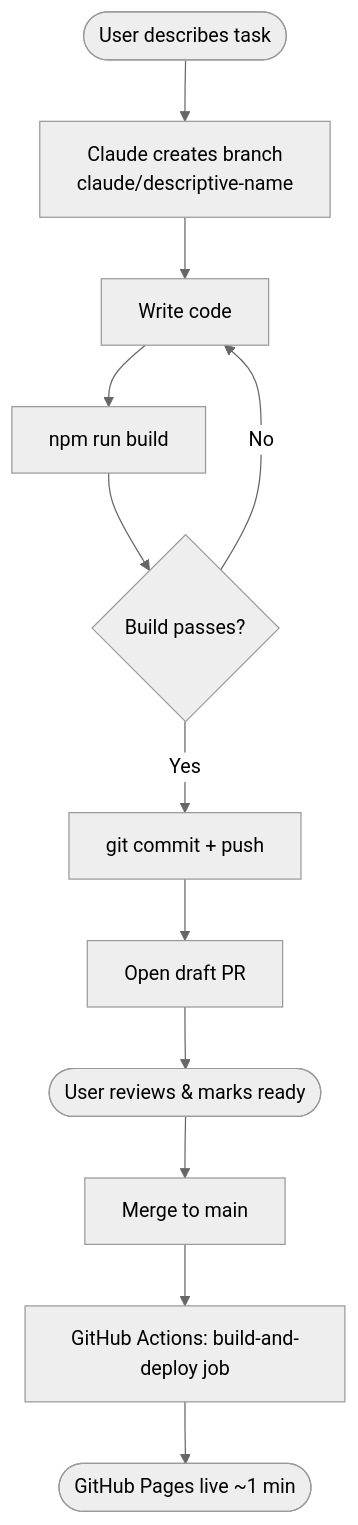
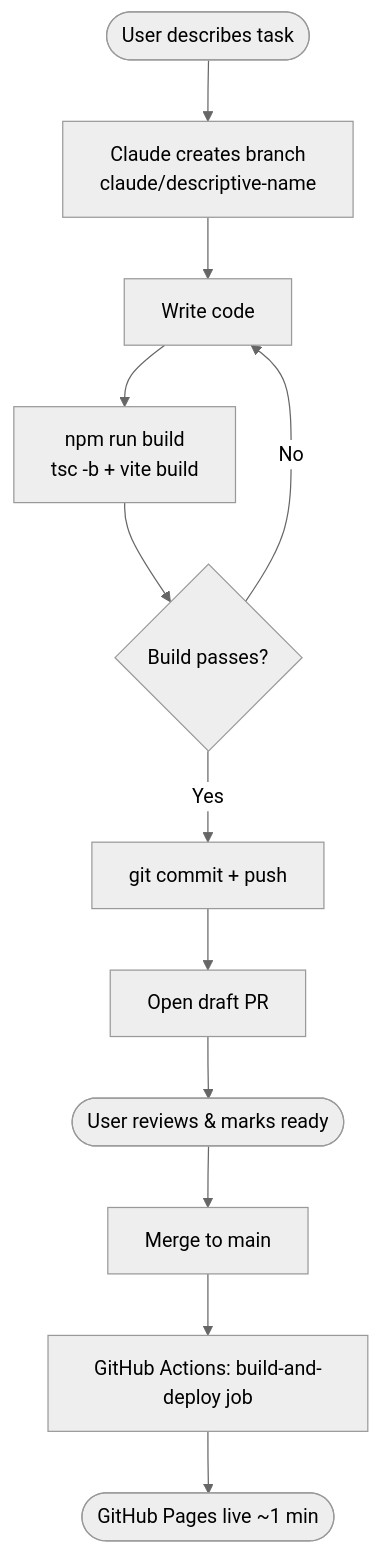
One commit to Lasciviens/Project_Daily changed the first of 3 diagrams in README.md. Above: the diagram before and after it, drawn with Mermaid (neutral theme). The commit also changed other lines of this file and 31 other files, not shown here.

````diff
--- a/README.md
+++ b/README.md
@@ -14,14 +40,14 @@
 ```mermaid
 flowchart TD
-    A([User describes task]) --> B[Claude creates branch\nclaude/descriptive-name]
+    A([User describes task]) --> B[Claude creates branch<br/>claude/descriptive-name]
     B --> C[Write code]
-    C --> D[npm run build]
+    C --> D[npm run build<br/>tsc -b + vite build]
     D --> E{Build passes?}
     E -- No --> C
     E -- Yes --> F[git commit + push]
     F --> G[Open draft PR]
     G --> H([User reviews & marks ready])
     H --> I[Merge to main]
     I --> J[GitHub Actions: build-and-deploy job]
     J --> M([GitHub Pages live ~1 min])
 ```
````
